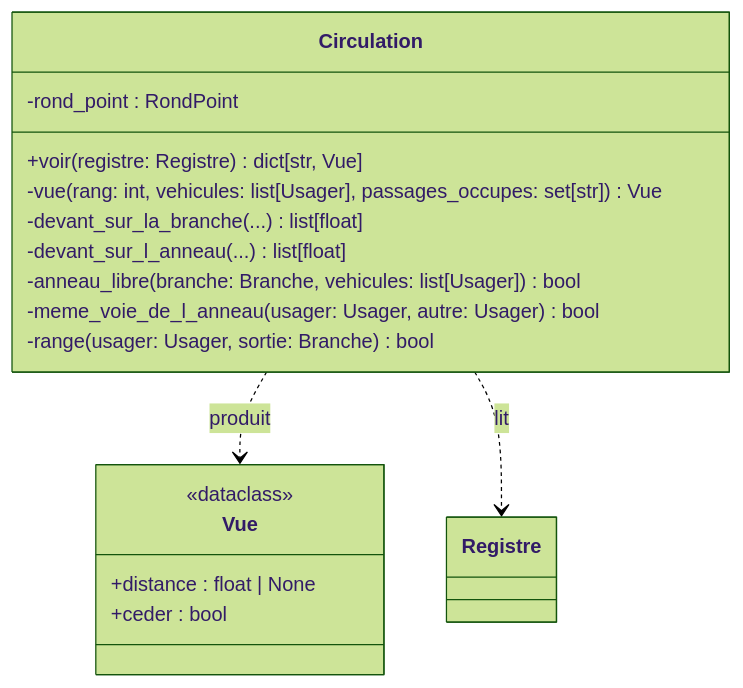
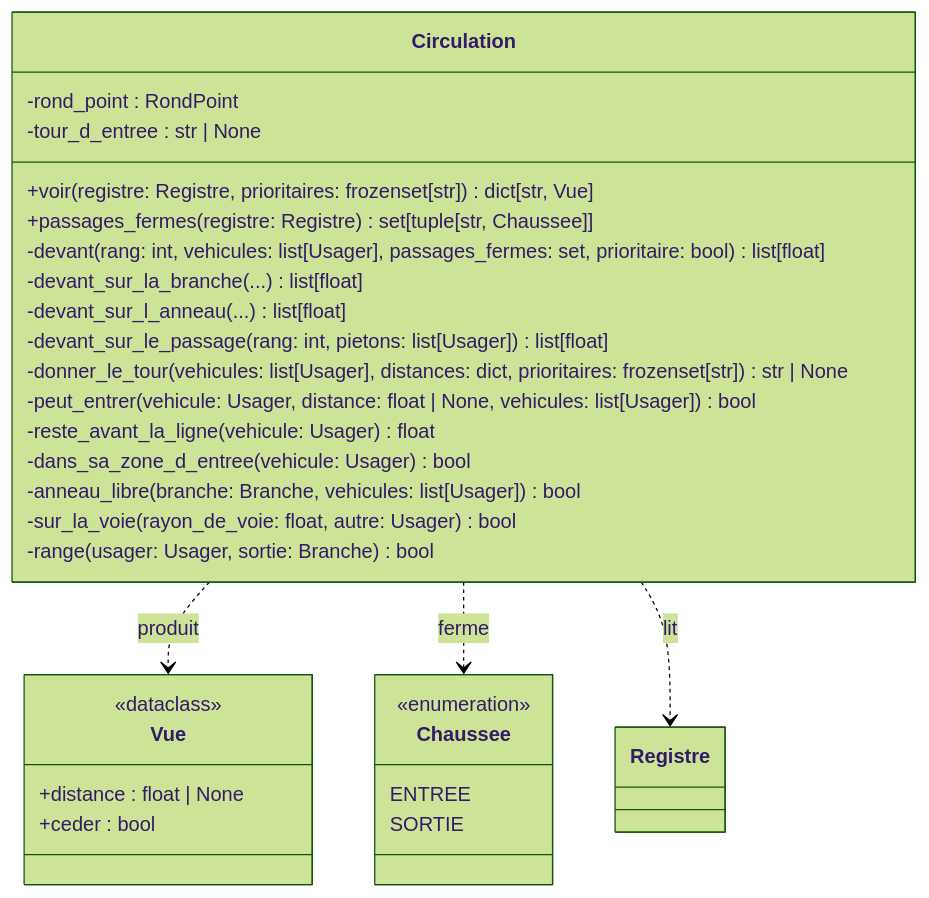
The eighth of 12 diagrams in docs/uml.md (vRayzix/SAE3.02_Developper-une-application-communicante), drawn with Mermaid (forest theme) before and after one commit. The commit also changed other lines of this file and 1 other file, not shown here.

Commit message:
docs(uml): tour d'entrée, demi-chaussées fermées et distance de sécurité par catégorie

````diff
--- a/docs/uml.md
+++ b/docs/uml.md
@@ -559,22 +560,36 @@
 ```mermaid
 classDiagram
     class Vue {
         <<dataclass>>
         +distance : float | None
         +ceder : bool
     }
 
+    class Chaussee {
+        <<enumeration>>
+        ENTREE
+        SORTIE
+    }
+
     class Circulation {
         -rond_point : RondPoint
-        +voir(registre: Registre) dict[str, Vue]
-        -vue(rang: int, vehicules: list[Usager], passages_occupes: set[str]) Vue
+        -tour_d_entree : str | None
+        +voir(registre: Registre, prioritaires: frozenset[str]) dict[str, Vue]
+        +passages_fermes(registre: Registre) set[tuple[str, Chaussee]]
+        -devant(rang: int, vehicules: list[Usager], passages_fermes: set, prioritaire: bool) list[float]
         -devant_sur_la_branche(...) list[float]
         -devant_sur_l_anneau(...) list[float]
+        -devant_sur_le_passage(rang: int, pietons: list[Usager]) list[float]
+        -donner_le_tour(vehicules: list[Usager], distances: dict, prioritaires: frozenset[str]) str | None
+        -peut_entrer(vehicule: Usager, distance: float | None, vehicules: list[Usager]) bool
+        -reste_avant_la_ligne(vehicule: Usager) float
+        -dans_sa_zone_d_entree(vehicule: Usager) bool
         -anneau_libre(branche: Branche, vehicules: list[Usager]) bool
-        -meme_voie_de_l_anneau(usager: Usager, autre: Usager) bool
+        -sur_la_voie(rayon_de_voie: float, autre: Usager) bool
         -range(usager: Usager, sortie: Branche) bool
     }
 
     Circulation ..> Vue : produit
+    Circulation ..> Chaussee : ferme
     Circulation ..> Registre : lit
 ```
````
